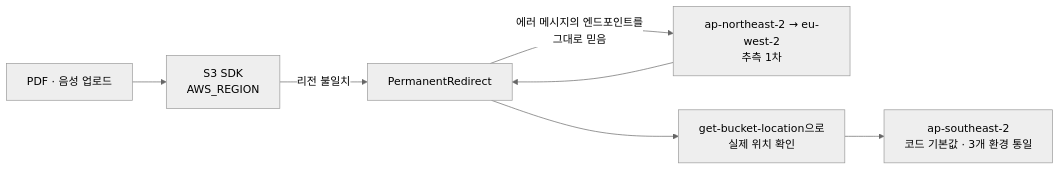
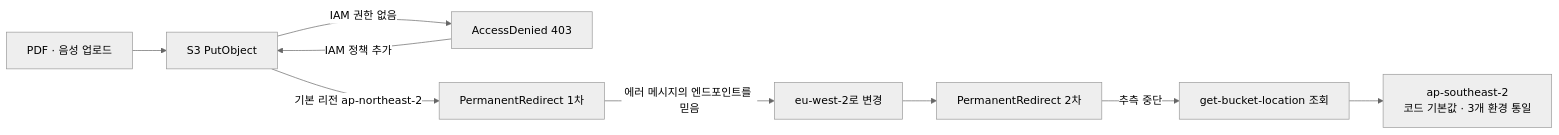
Before and after one commit to SunWoo1213/Mock_interview: the first of 7 diagrams in README.md, drawn with Mermaid (neutral theme). The commit also changed other lines of this file, not shown here.

````diff
--- a/README.md
+++ b/README.md
@@ -76,9 +50,11 @@
 ```mermaid
 flowchart LR
-  U[PDF · 음성 업로드] --> S3[S3 SDK<br/>AWS_REGION]
-  S3 -->|리전 불일치| E[PermanentRedirect]
-  E -->|에러 메시지의 엔드포인트를<br/>그대로 믿음| G1[ap-northeast-2 → eu-west-2<br/>추측 1차]
-  G1 --> E
-  E --> C[get-bucket-location으로<br/>실제 위치 확인]
-  C --> F[ap-southeast-2<br/>코드 기본값 · 3개 환경 통일]
+  U["PDF · 음성 업로드"] --> A["S3 PutObject"]
+  A -->|"IAM 권한 없음"| E0["AccessDenied 403"]
+  E0 -->|"IAM 정책 추가"| A
+  A -->|"기본 리전 ap-northeast-2"| E1["PermanentRedirect 1차"]
+  E1 -->|"에러 메시지의 엔드포인트를 믿음"| G["eu-west-2로 변경"]
+  G --> E2["PermanentRedirect 2차"]
+  E2 -->|"추측 중단"| C["get-bucket-location 조회"]
+  C --> F["ap-southeast-2<br/>코드 기본값 · 3개 환경 통일"]
 ```
````
